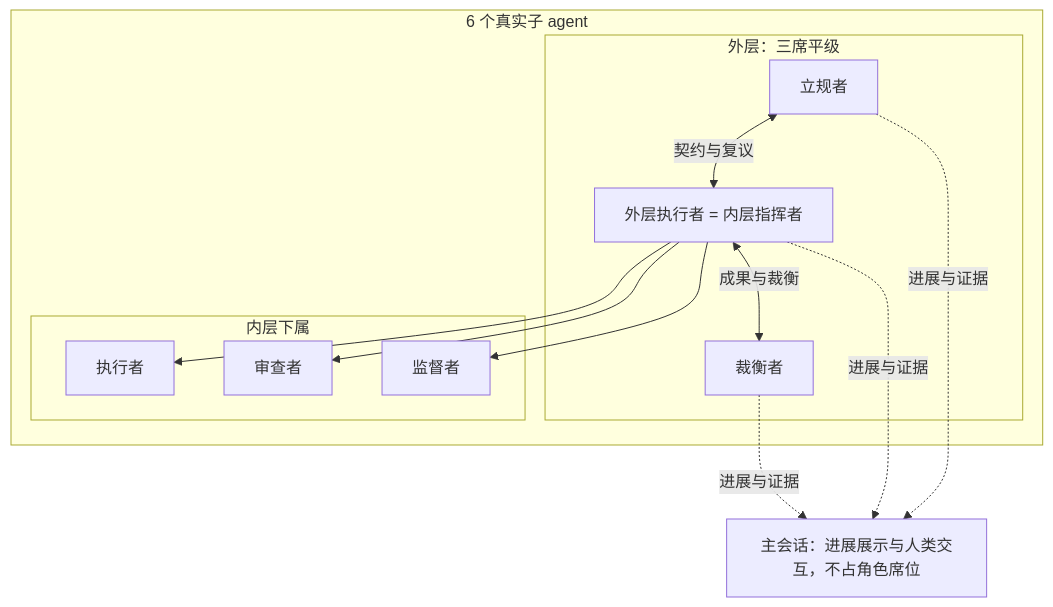
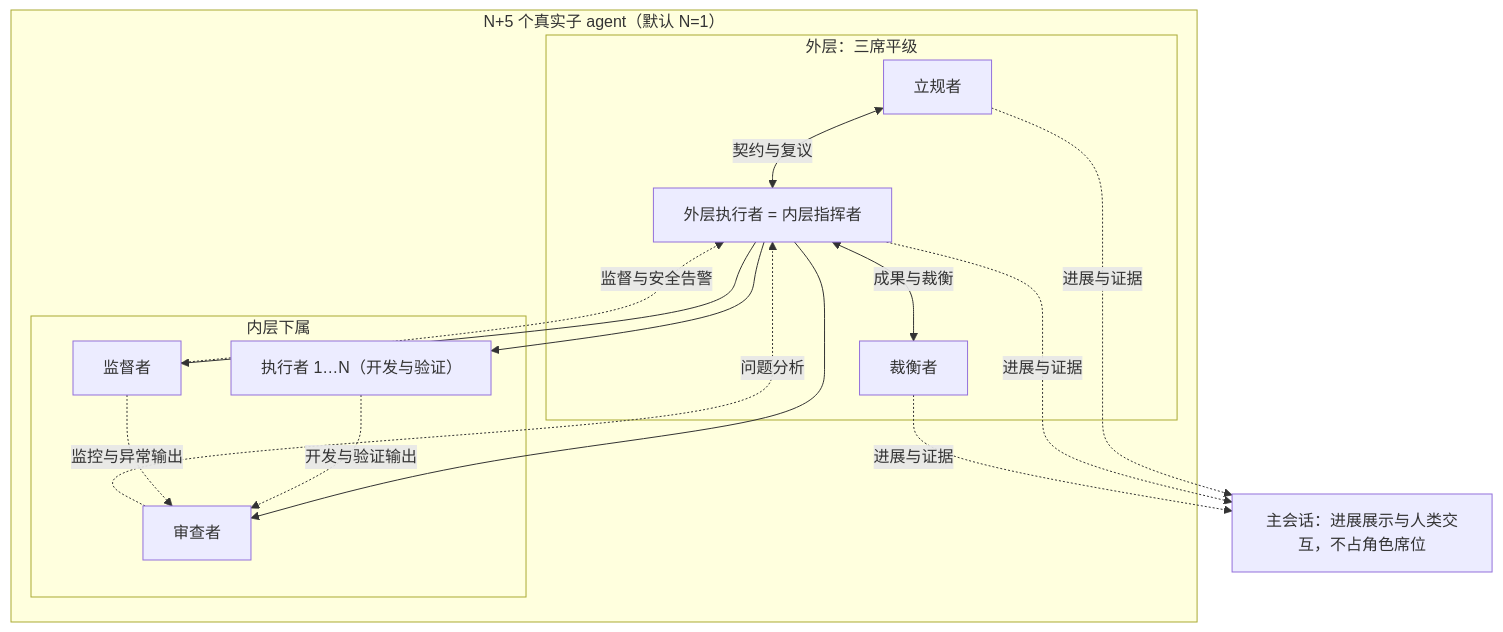
Before and after one commit to Geruyang/GAS-Agent-Skills: the third of 3 diagrams in README.md, drawn with Mermaid. The commit also changed other lines of this file and 62 other files, not shown here.

````diff
--- a/README.md
+++ b/README.md
@@ -113,24 +120,28 @@
 ```mermaid
 flowchart TB
     Main["主会话：进展展示与人类交互，不占角色席位"]
-    subgraph Team["6 个真实子 agent"]
+    subgraph Team["N+5 个真实子 agent（默认 N=1）"]
       subgraph Outer["外层：三席平级"]
         L["立规者"]
         C["外层执行者 = 内层指挥者"]
         A["裁衡者"]
         L <-->|契约与复议| C
         C <-->|成果与裁衡| A
       end
       subgraph Inner["内层下属"]
-        E["执行者"]
+        E["执行者 1…N（开发与验证）"]
         R["审查者"]
         S["监督者"]
       end
       C --> E
       C --> R
       C --> S
+      E -.->|开发与验证输出| R
+      S -.->|监控与异常输出| R
+      R -.->|问题分析| C
+      S -.->|监督与安全告警| C
     end
     L -.->|进展与证据| Main
     C -.->|进展与证据| Main
     A -.->|进展与证据| Main
 ```
````
